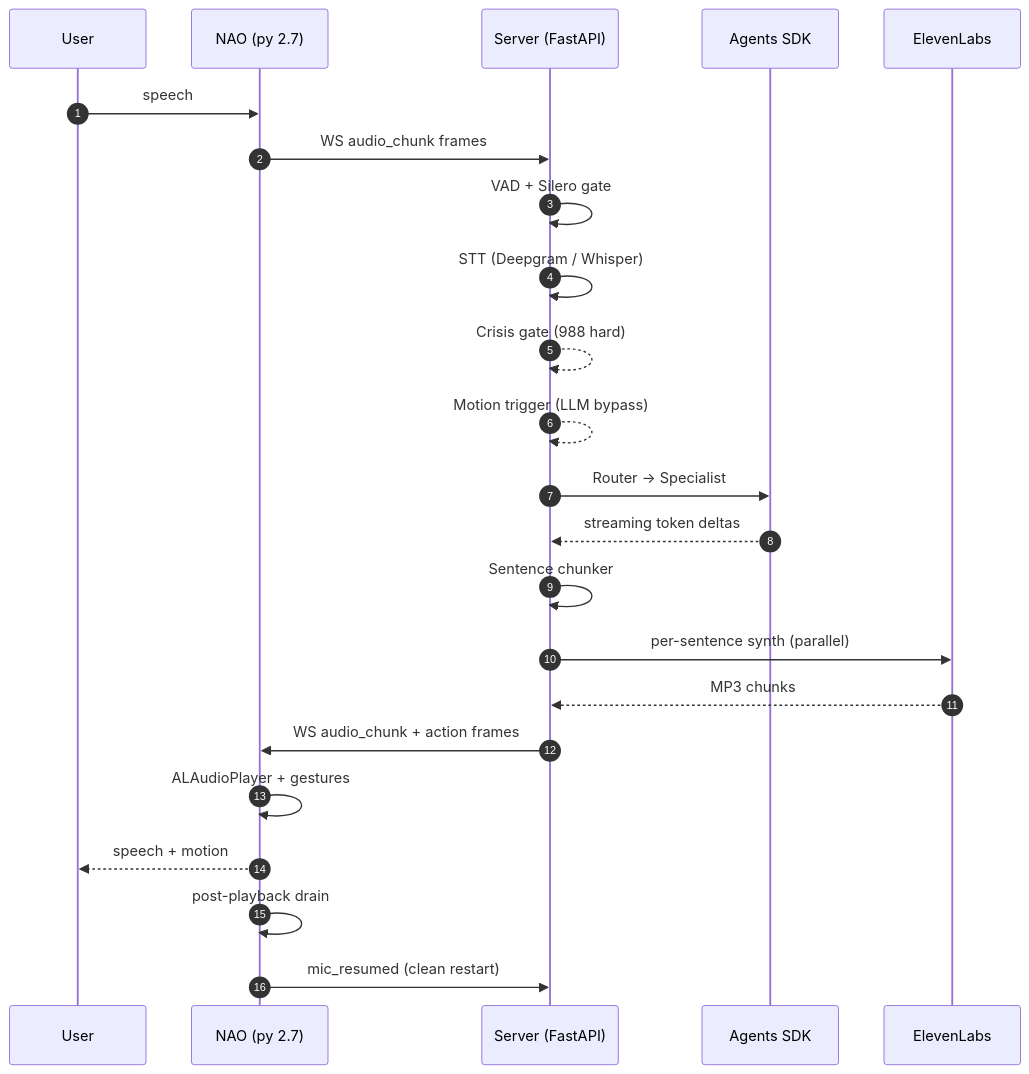
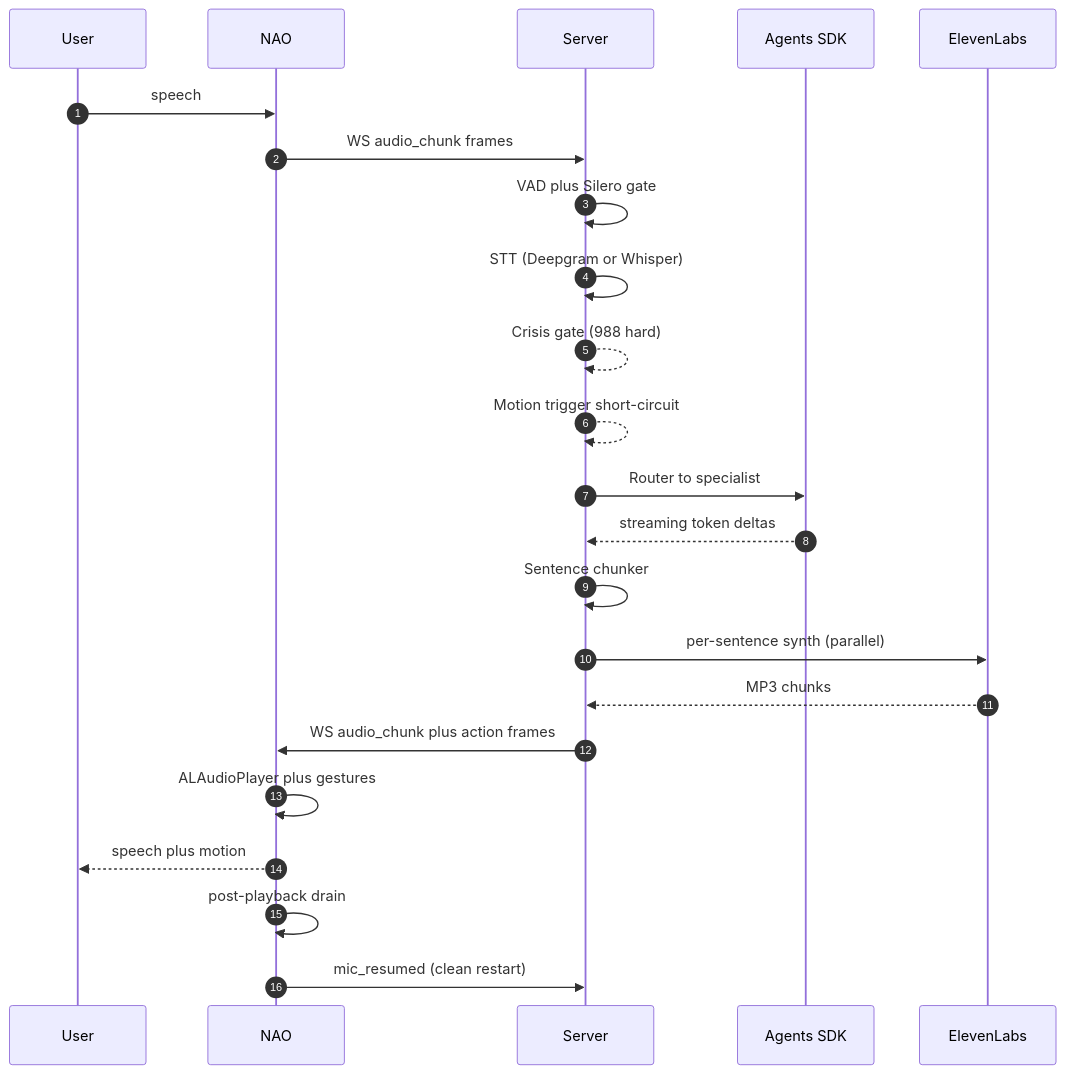
Before and after one commit to theaayushstha1/Nao-OpenAI-Morgan-Assist: the first of 8 diagrams in README.md, drawn with Mermaid. The commit also changed other lines of this file, not shown here.

First line of the commit message:
README: bulletproof every mermaid label, remove arrow-in-message

````diff
--- a/README.md
+++ b/README.md
@@ -42,26 +42,26 @@
 ```mermaid
 sequenceDiagram
     autonumber
     participant U as User
-    participant N as NAO (py 2.7)
-    participant S as Server (FastAPI)
+    participant N as NAO
+    participant S as Server
     participant A as Agents SDK
     participant T as ElevenLabs
 
     U->>N: speech
     N->>S: WS audio_chunk frames
-    S->>S: VAD + Silero gate
-    S->>S: STT (Deepgram / Whisper)
+    S->>S: VAD plus Silero gate
+    S->>S: STT (Deepgram or Whisper)
     S-->>S: Crisis gate (988 hard)
-    S-->>S: Motion trigger (LLM bypass)
-    S->>A: Router -> Specialist
+    S-->>S: Motion trigger short-circuit
+    S->>A: Router to specialist
     A-->>S: streaming token deltas
     S->>S: Sentence chunker
     S->>T: per-sentence synth (parallel)
     T-->>S: MP3 chunks
-    S->>N: WS audio_chunk + action frames
-    N->>N: ALAudioPlayer + gestures
-    N-->>U: speech + motion
+    S->>N: WS audio_chunk plus action frames
+    N->>N: ALAudioPlayer plus gestures
+    N-->>U: speech plus motion
     N->>N: post-playback drain
     N->>S: mic_resumed (clean restart)
 ```
````
